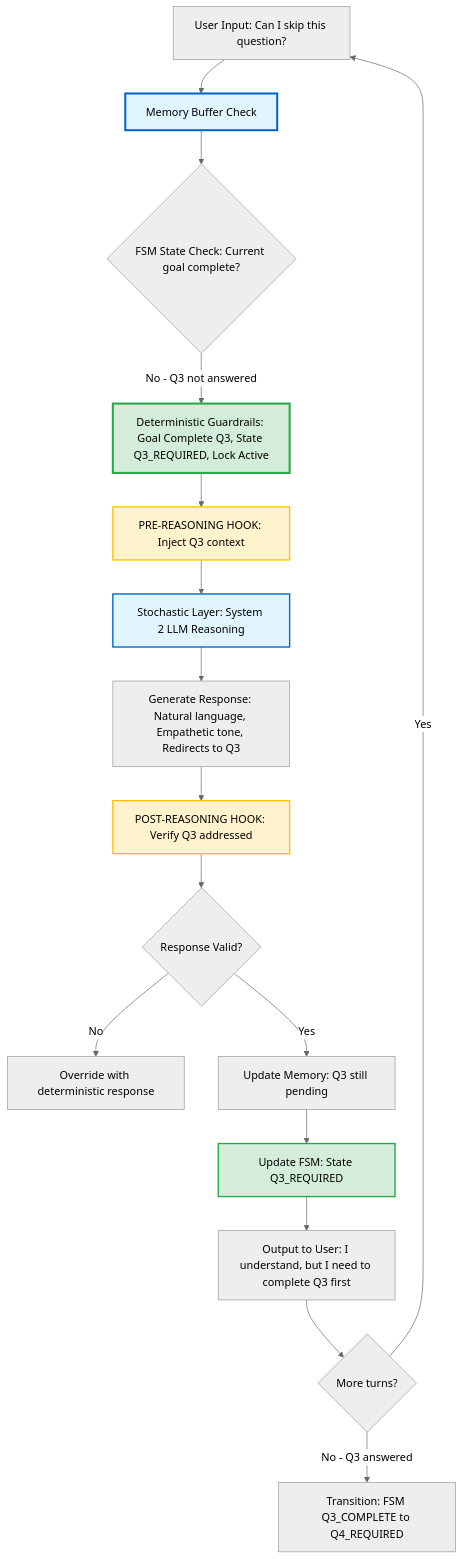
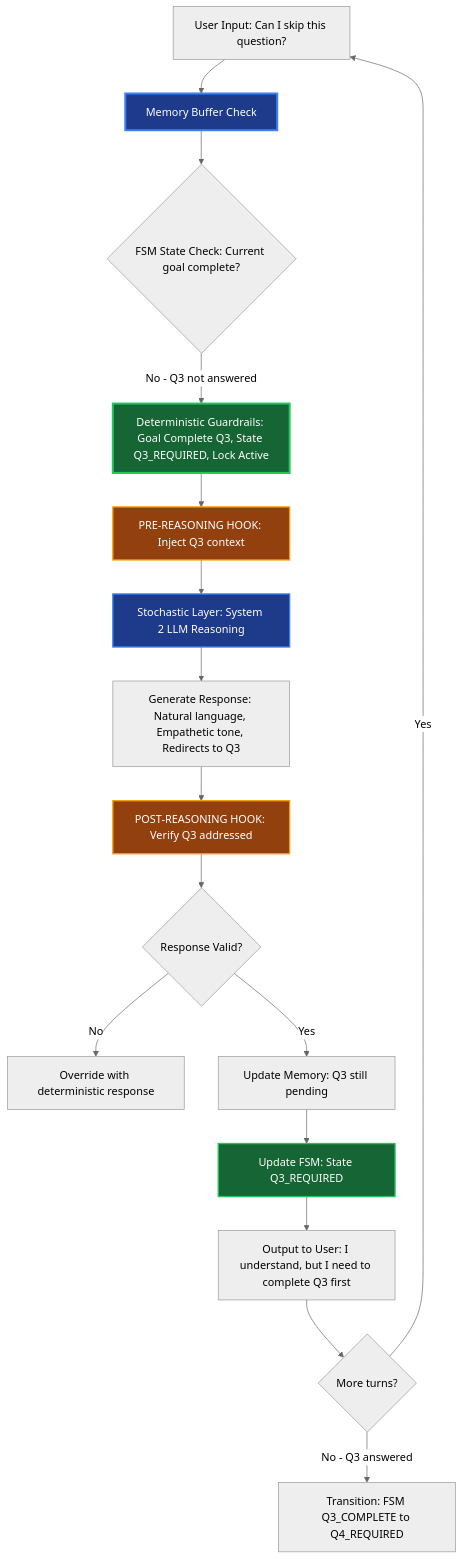
One commit to arupsarkar-sfdc/Misc changed the third of 16 diagrams in agentforce/agent-graph/README_Agentforce_Graph_Architecture_Flow.md. Above: the diagram before and after it, drawn with Mermaid (neutral theme). The commit also changed other lines of this file and 4 other files, not shown here.

Commit message:
feat: addred segmentation logic and updated process diagrams and sequence diagram with dark mode colors and sequence steps

````diff
--- a/agentforce/agent-graph/README_Agentforce_Graph_Architecture_Flow.md
+++ b/agentforce/agent-graph/README_Agentforce_Graph_Architecture_Flow.md
@@ -109,36 +109,36 @@
 ```mermaid
 graph TB
     Input["User Input: Can I skip this question?"] --> Memory[Memory Buffer Check]
     
     Memory --> FSMCheck{"FSM State Check: Current goal complete?"}
     
     FSMCheck -->|No - Q3 not answered| Guard["Deterministic Guardrails: Goal Complete Q3, State Q3_REQUIRED, Lock Active"]
     
     Guard --> PreHook["PRE-REASONING HOOK: Inject Q3 context"]
     
     PreHook --> Stochastic["Stochastic Layer: System 2 LLM Reasoning"]
     
     Stochastic --> Generate["Generate Response: Natural language, Empathetic tone, Redirects to Q3"]
     
     Generate --> PostHook["POST-REASONING HOOK: Verify Q3 addressed"]
     
     PostHook --> Validate{Response Valid?}
     
     Validate -->|No| Override["Override with deterministic response"]
     Validate -->|Yes| UpdateMem["Update Memory: Q3 still pending"]
     
     UpdateMem --> UpdateFSM["Update FSM: State Q3_REQUIRED"]
     
     UpdateFSM --> Output["Output to User: I understand, but I need to complete Q3 first"]
     
     Output --> Loop{More turns?}
     Loop -->|Yes| Input
     Loop -->|No - Q3 answered| Transition["Transition: FSM Q3_COMPLETE to Q4_REQUIRED"]
     
-    style Memory fill:#e1f5ff,stroke:#0066cc,stroke-width:3px
-    style Guard fill:#d4edda,stroke:#28a745,stroke-width:3px
-    style PreHook fill:#fff3cd,stroke:#ffc107,stroke-width:2px
-    style PostHook fill:#fff3cd,stroke:#ffc107,stroke-width:2px
-    style Stochastic fill:#e1f5ff,stroke:#0066cc,stroke-width:2px
-    style UpdateFSM fill:#d4edda,stroke:#28a745,stroke-width:2px
+    style Memory fill:#1e3a8a,stroke:#3b82f6,stroke-width:3px,color:#ffffff
+    style Guard fill:#166534,stroke:#22c55e,stroke-width:3px,color:#ffffff
+    style PreHook fill:#92400e,stroke:#f59e0b,stroke-width:2px,color:#ffffff
+    style PostHook fill:#92400e,stroke:#f59e0b,stroke-width:2px,color:#ffffff
+    style Stochastic fill:#1e3a8a,stroke:#3b82f6,stroke-width:2px,color:#ffffff
+    style UpdateFSM fill:#166534,stroke:#22c55e,stroke-width:2px,color:#ffffff
 ```
````
